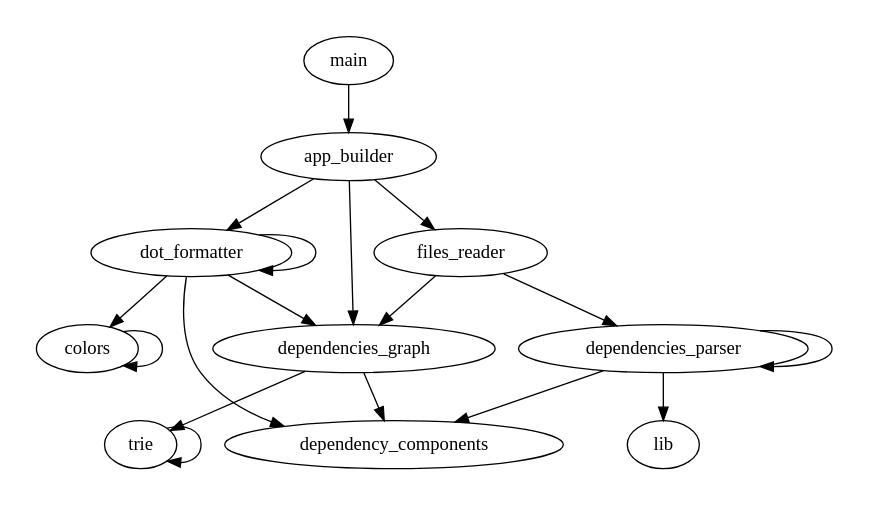
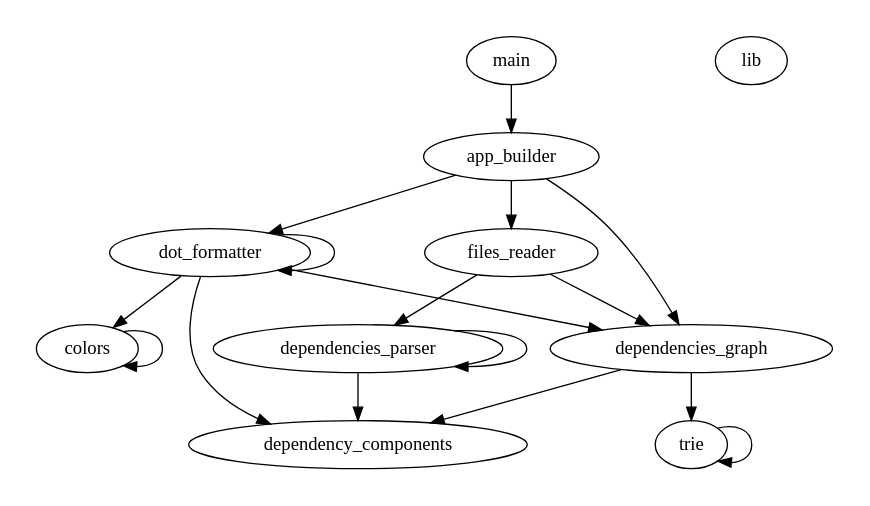
The diagram in modules.dot (thomas-huegel/cargo-graphmod), drawn with Graphviz before and after one commit. The commit also changed 5 other files, not shown here.

Commit message:
tweaked the it_parses_dependencies test to remove a pseudo-dependency to lib

```diff
--- a/modules.dot
+++ b/modules.dot
@@ -1,34 +1,33 @@
 digraph dependencies {
 subgraph cluster_ {
 label=""
 color="#ffffff"
 style="filled"
   "::app_builder"[label="app_builder",style="filled",fillcolor="#ffffff"]
   "::colors"[label="colors",style="filled",fillcolor="#ffffff"]
   "::dependencies_graph"[label="dependencies_graph",style="filled",fillcolor="#ffffff"]
   "::dependencies_parser"[label="dependencies_parser",style="filled",fillcolor="#ffffff"]
   "::dependency_components"[label="dependency_components",style="filled",fillcolor="#ffffff"]
   "::dot_formatter"[label="dot_formatter",style="filled",fillcolor="#ffffff"]
   "::files_reader"[label="files_reader",style="filled",fillcolor="#ffffff"]
   "::lib"[label="lib",style="filled",fillcolor="#ffffff"]
   "::main"[label="main",style="filled",fillcolor="#ffffff"]
   "::trie"[label="trie",style="filled",fillcolor="#ffffff"]
 }
 "::app_builder" -> "::dependencies_graph"
 "::app_builder" -> "::dot_formatter"
 "::app_builder" -> "::files_reader"
 "::colors" -> "::colors"
 "::dependencies_graph" -> "::dependency_components"
 "::dependencies_graph" -> "::trie"
 "::dependencies_parser" -> "::dependencies_parser"
 "::dependencies_parser" -> "::dependency_components"
-"::dependencies_parser" -> "::lib"
 "::dot_formatter" -> "::colors"
 "::dot_formatter" -> "::dependencies_graph"
 "::dot_formatter" -> "::dependency_components"
 "::dot_formatter" -> "::dot_formatter"
 "::files_reader" -> "::dependencies_graph"
 "::files_reader" -> "::dependencies_parser"
 "::main" -> "::app_builder"
 "::trie" -> "::trie"
 }
```
